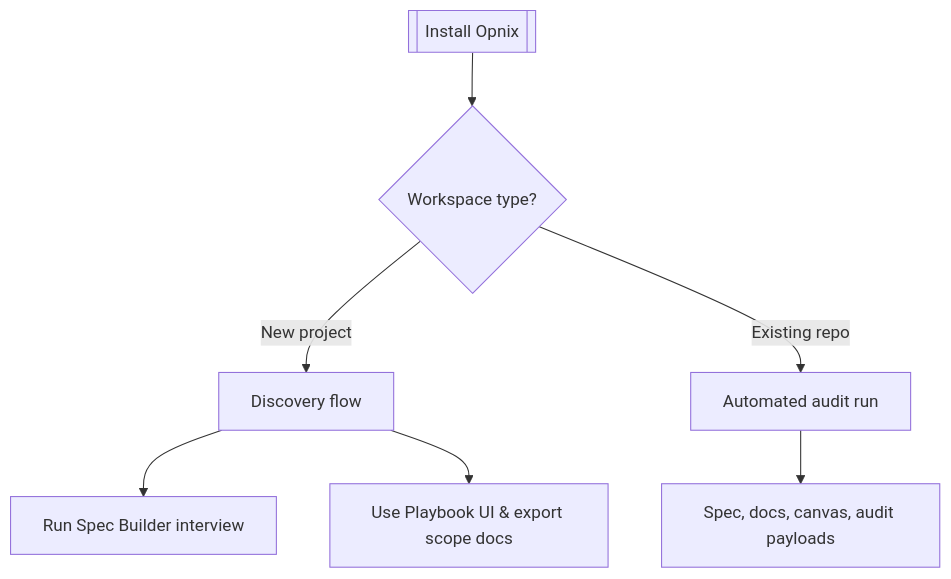
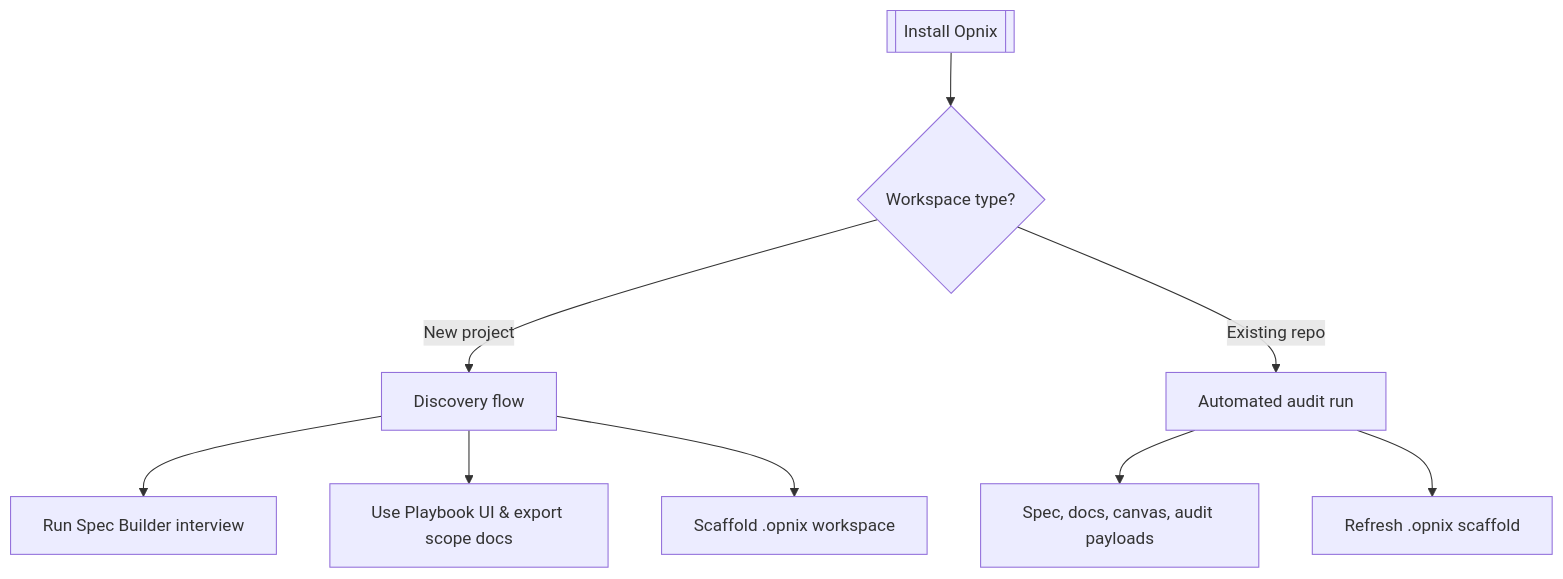
Before and after one commit to Kindjhali/Opnix: the diagram in docs/install-decision-tree.md, drawn with Mermaid. The commit also changed other lines of this file and 329 other files, not shown here.

````diff
--- a/docs/install-decision-tree.md
+++ b/docs/install-decision-tree.md
@@ -22,9 +22,11 @@
 ```mermaid
 flowchart TD
   Install[[Install Opnix]] --> Decision{Workspace type?}
   Decision -->|New project| Scope[Discovery flow]
   Scope --> Interview[Run Spec Builder interview]
   Scope --> Playbook[Use Playbook UI & export scope docs]
+  Scope --> ScaffoldNew[Scaffold .opnix workspace]
   Decision -->|Existing repo| Audit[Automated audit run]
-  Audit --> Exports[Spec, docs, canvas, audit payloads]
+  Audit --> Archive[Spec, docs, canvas, audit payloads]
+  Audit --> ScaffoldExisting[Refresh .opnix scaffold]
 ```
````
